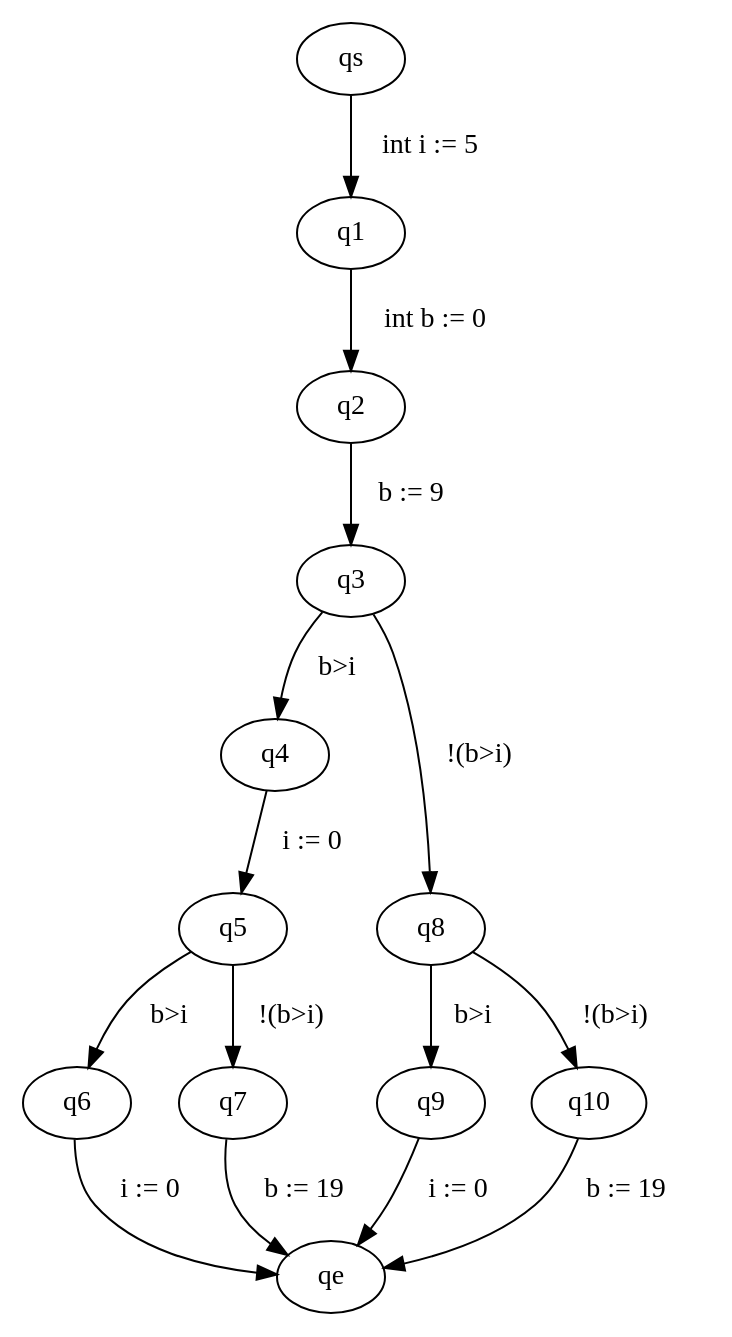
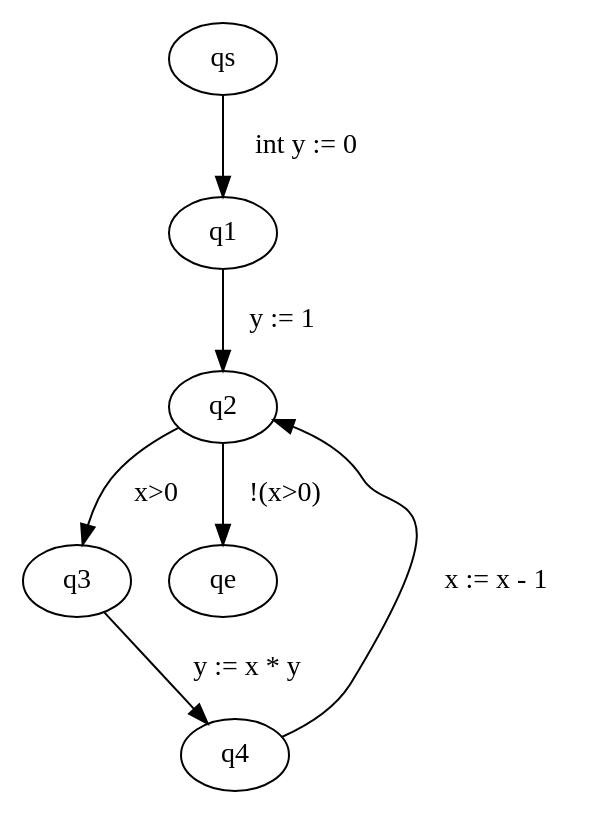
The diagram in src/main/java/graphviz/input.dot (FloKes/ProgramAnalysis), drawn with Graphviz before and after one commit. The commit also changed 2 other files, not shown here.

```diff
--- a/src/main/java/graphviz/input.dot
+++ b/src/main/java/graphviz/input.dot
@@ -1,16 +1,8 @@
 digraph ProgramGraph{
-"qs" -> "q1" [label="  int i := 5   "] 
-"q1" -> "q2" [label="  int b := 0   "] 
-"q2" -> "q3" [label="  b := 9   "] 
-"q3" -> "q4" [label="  b>i   "] 
-"q3" -> "q8" [label="  !(b>i)   "] 
-"q4" -> "q5" [label="  i := 0   "] 
-"q5" -> "q6" [label="  b>i   "] 
-"q5" -> "q7" [label="  !(b>i)   "] 
-"q6" -> "qe" [label="  i := 0   "] 
-"q7" -> "qe" [label="  b := 19   "] 
-"q8" -> "q9" [label="  b>i   "] 
-"q8" -> "q10" [label="  !(b>i)   "] 
-"q9" -> "qe" [label="  i := 0   "] 
-"q10" -> "qe" [label="  b := 19   "] 
+"qs" -> "q1" [label="  int y := 0   "] 
+"q1" -> "q2" [label="  y := 1   "] 
+"q2" -> "q3" [label="  x>0   "] 
+"q2" -> "qe" [label="  !(x>0)   "] 
+"q3" -> "q4" [label="  y := x * y   "] 
+"q4" -> "q2" [label="  x := x - 1   "] 
 }
```
